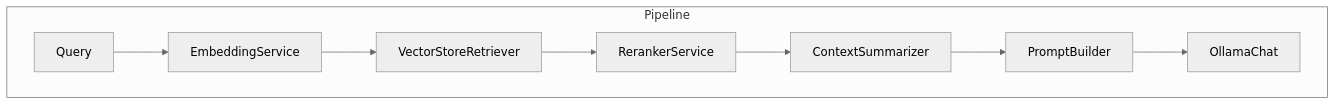
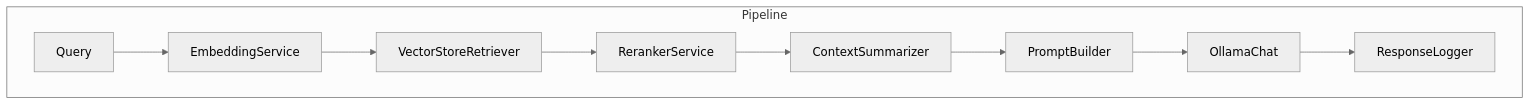
The diagram in docs/langchain/overview.md (Cstannahill/ollama-web), drawn with Mermaid (neutral theme) before and after one commit. The commit also changed other lines of this file and 10 other files, not shown here.

Commit message:
feat(agentic): add response logger and ui feedback

````diff
--- a/docs/langchain/overview.md
+++ b/docs/langchain/overview.md
@@ -25,13 +25,14 @@
 ```mermaid
 flowchart TD
     subgraph Pipeline
         Q[Query]
         E[EmbeddingService]
         R[VectorStoreRetriever]
         RR[RerankerService]
         S[ContextSummarizer]
         P[PromptBuilder]
         C[OllamaChat]
+        L[ResponseLogger]
     end
-    Q --> E --> R --> RR --> S --> P --> C
+    Q --> E --> R --> RR --> S --> P --> C --> L
 ```
````
